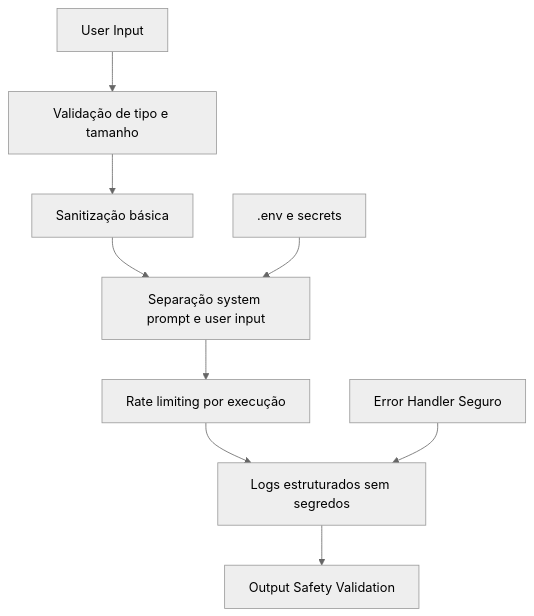
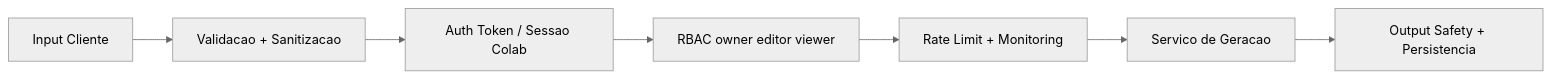
Before and after one commit to FilipiWanderley/RepoLaunch-AI: the third of 3 diagrams in README.md, drawn with Mermaid (neutral theme). The commit also changed other lines of this file, not shown here.

````diff
--- a/README.md
+++ b/README.md
@@ -248,12 +153,9 @@
 ```mermaid
-flowchart TD
-    U[User Input] --> V[Validação de tipo e tamanho]
-    V --> S[Sanitização básica]
-    S --> P[Separação system prompt e user input]
-    P --> R[Rate limiting por execução]
-    R --> L[Logs estruturados sem segredos]
-    L --> O[Output Safety Validation]
-
-    K[.env e secrets] --> P
-    E[Error Handler Seguro] --> L
+flowchart LR
+    A[Input Cliente] --> B[Validacao + Sanitizacao]
+    B --> C[Auth Token / Sessao Colab]
+    C --> D[RBAC owner editor viewer]
+    D --> E[Rate Limit + Monitoring]
+    E --> F[Servico de Geracao]
+    F --> G[Output Safety + Persistencia]
 ```
````
